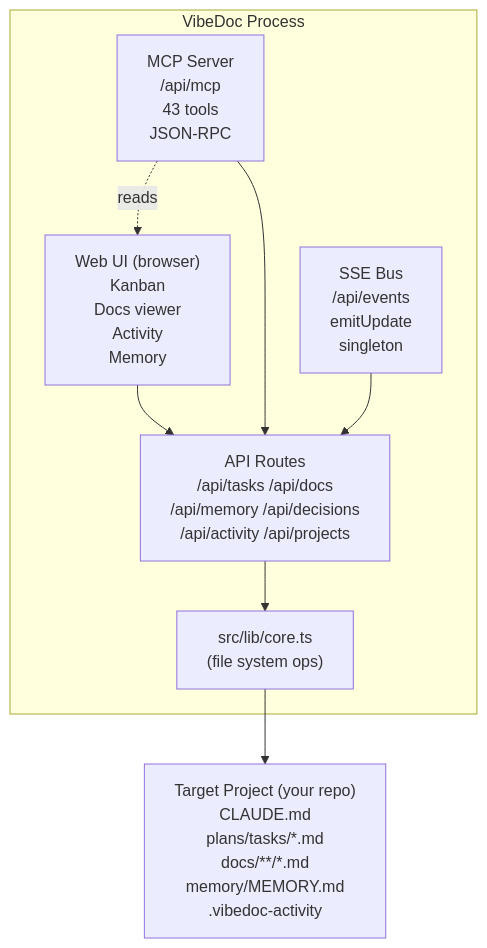
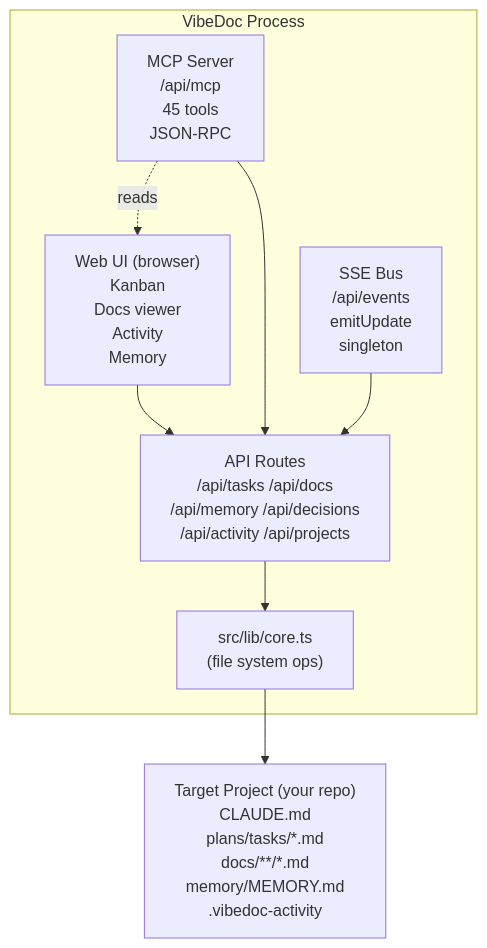
One commit to quanghoangf/vibedoc changed the diagram in docs/architecture/01-overview/DOMAIN_MAP.md. Above: the diagram before and after it, drawn with Mermaid. The commit also changed 12 other files, not shown here.

````diff
--- a/docs/architecture/01-overview/DOMAIN_MAP.md
+++ b/docs/architecture/01-overview/DOMAIN_MAP.md
@@ -6,22 +6,22 @@
 ```mermaid
 graph TB
     subgraph VibeDoc["VibeDoc Process"]
         WebUI["Web UI (browser)<br/>Kanban<br/>Docs viewer<br/>Activity<br/>Memory"]
-        MCP["MCP Server<br/>/api/mcp<br/>43 tools<br/>JSON-RPC"]
+        MCP["MCP Server<br/>/api/mcp<br/>45 tools<br/>JSON-RPC"]
         SSE["SSE Bus<br/>/api/events<br/>emitUpdate<br/>singleton"]
 
         API["API Routes<br/>/api/tasks /api/docs<br/>/api/memory /api/decisions<br/>/api/activity /api/projects"]
 
         Core["src/lib/core.ts<br/>(file system ops)"]
 
         MCP -.->|reads| WebUI
         WebUI --> API
         MCP --> API
         SSE --> API
         API --> Core
     end
 
     Project["Target Project (your repo)<br/>CLAUDE.md<br/>plans/tasks/*.md<br/>docs/**/*.md<br/>memory/MEMORY.md<br/>.vibedoc-activity"]
 
     Core --> Project
 ```
````
